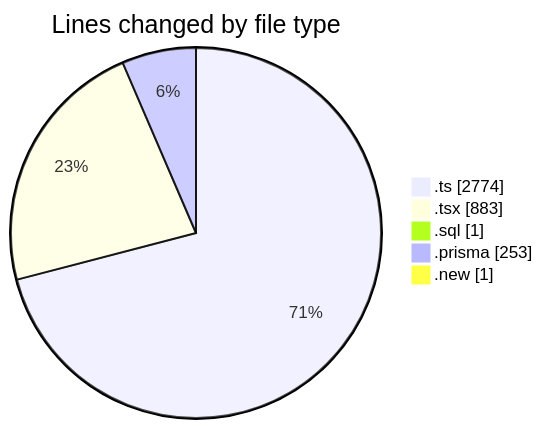
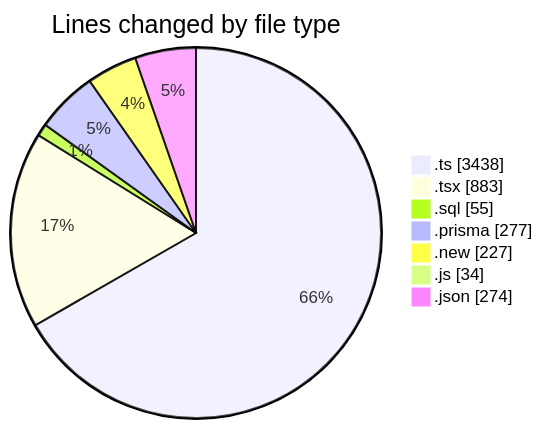
The first of 2 diagrams in 2025-06-03/ecodeli-1/README.md (CELIANVF/code-tracking), drawn with Mermaid before and after one commit. The commit also changed other lines of this file and 1 other file, not shown here.

````diff
--- a/2025-06-03/ecodeli-1/README.md
+++ b/2025-06-03/ecodeli-1/README.md
@@ -42,9 +44,11 @@
 ```mermaid
 pie showData
 title Lines changed by file type
-".ts" : 2774
+".ts" : 3438
 ".tsx" : 883
-".sql" : 1
-".prisma" : 253
-".new" : 1
+".sql" : 55
+".prisma" : 277
+".new" : 227
+".js" : 34
+".json" : 274
 ```
````
